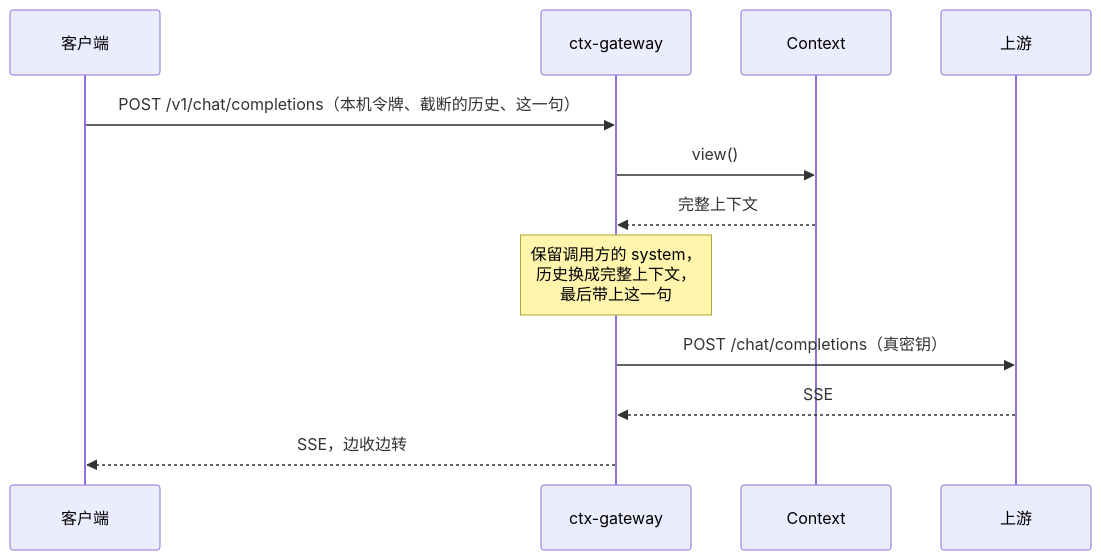
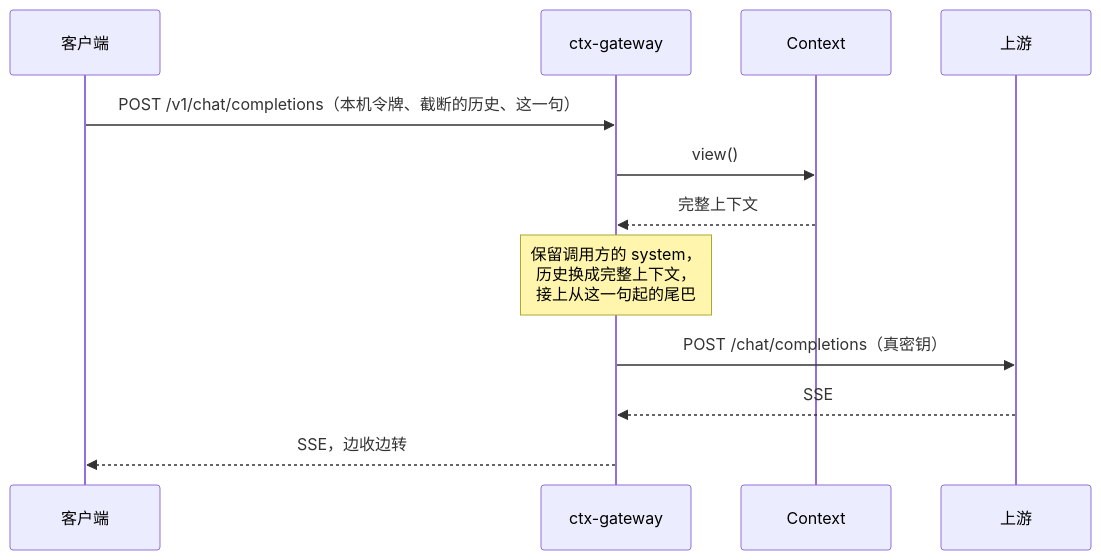
One commit to modelctx-ai/ctx changed the third of 3 diagrams in docs/architecture.md. Above: the diagram before and after it, drawn with Mermaid. The commit also changed other lines of this file and 9 other files, not shown here.

````diff
--- a/docs/architecture.md
+++ b/docs/architecture.md
@@ -304,14 +312,14 @@
 ```mermaid
 sequenceDiagram
   participant Client as 客户端
   participant GW as ctx-gateway
   participant Ctx as Context
   participant Up as 上游
   Client->>GW: POST /v1/chat/completions（本机令牌、截断的历史、这一句）
   GW->>Ctx: view()
   Ctx-->>GW: 完整上下文
-  Note over GW: 保留调用方的 system，<br/>历史换成完整上下文，<br/>最后带上这一句
+  Note over GW: 保留调用方的 system，<br/>历史换成完整上下文，<br/>接上从这一句起的尾巴
   GW->>Up: POST /chat/completions（真密钥）
   Up-->>GW: SSE
   GW-->>Client: SSE，边收边转
 ```
````
